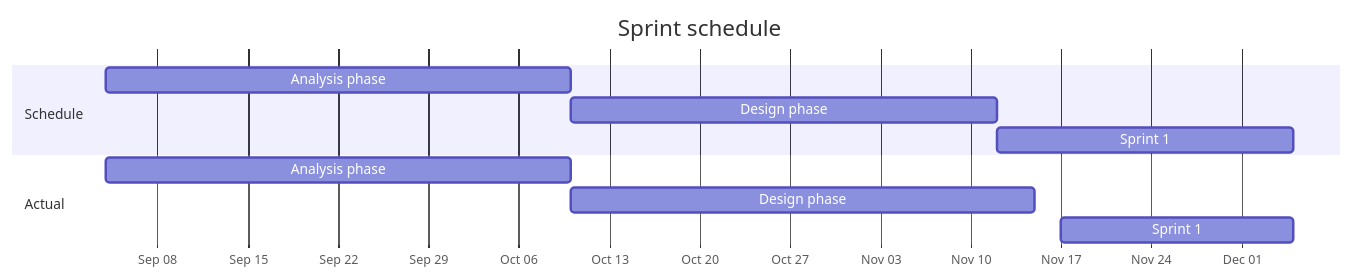
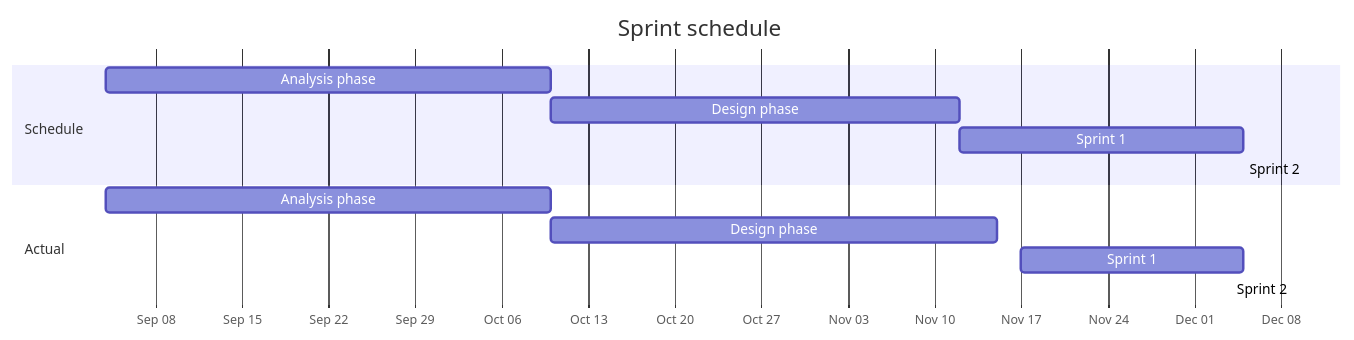
The seventh of 7 diagrams in docs/readme.md (RandomSearch18/a-level-project), drawn with Mermaid before and after one commit. The commit also changed other lines of this file, not shown here.

Commit message:
Start sprint 2

````diff
--- a/docs/readme.md
+++ b/docs/readme.md
@@ -1428,15 +1429,17 @@
 ```mermaid
 gantt
   title Sprint schedule
   dateFormat YYYY-MM-DD
   axisFormat %b %d
   tickInterval 1week
   section Schedule
     Analysis phase: 2024-09-04, 2024-10-10
     Design phase: 2024-10-10, 2024-11-12
     Sprint 1: 2024-11-12, 2024-12-05
+    Sprint 2: 2024-12-05,
   section Actual
     Analysis phase: 2024-09-04, 2024-10-10
     Design phase: 2024-10-10, 2024-11-15
     Sprint 1: 2024-11-17, 2024-12-05
+    Sprint 2: 2024-12-09,
 ```
````
